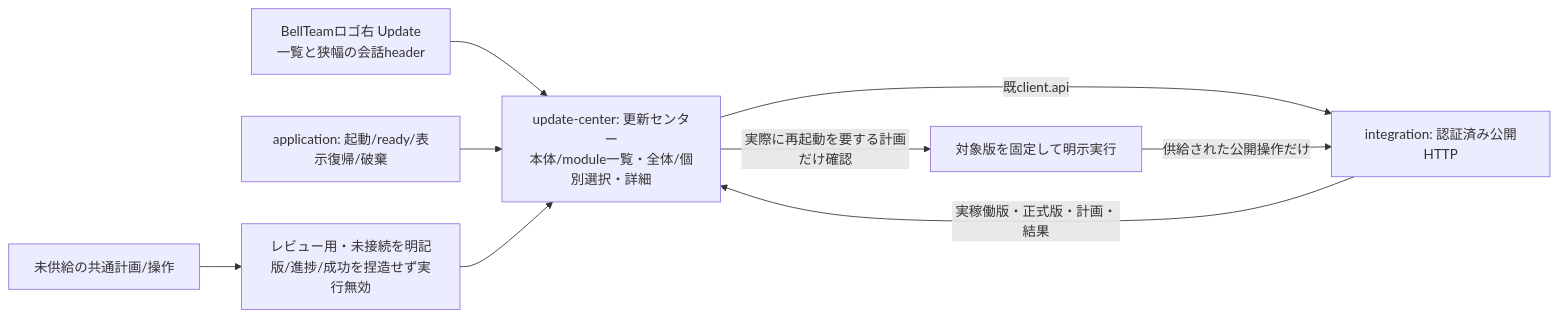
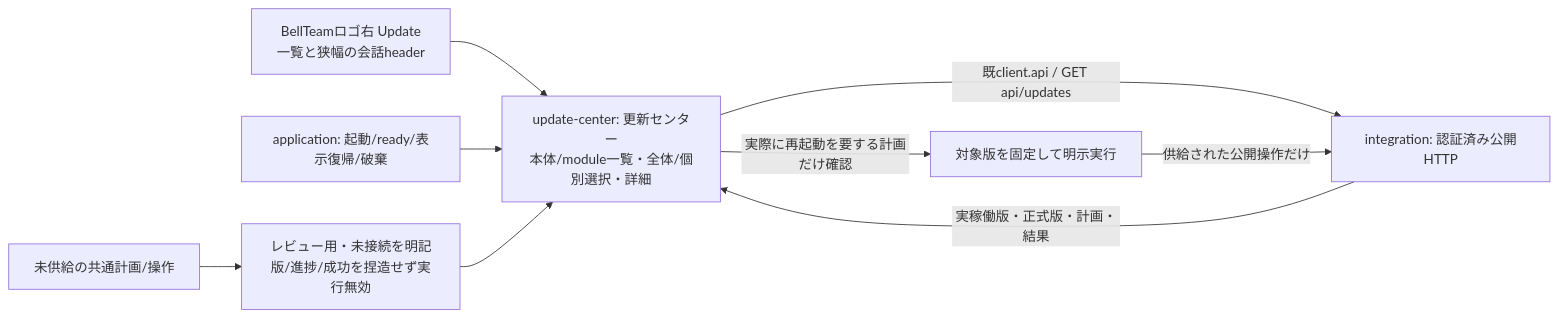
The first of 2 diagrams in docs/architecture/modules/web/update-notice-design.md (kitepon/BellTeam), drawn with Mermaid before and after one commit. The commit also changed other lines of this file and 5 other files, not shown here.

````diff
--- a/docs/architecture/modules/web/update-notice-design.md
+++ b/docs/architecture/modules/web/update-notice-design.md
@@ -63,11 +67,11 @@
 ```mermaid
 flowchart LR
   Logo["BellTeamロゴ右 Update<br/>一覧と狭幅の会話header"] --> Center["update-center: 更新センター<br/>本体/module一覧・全体/個別選択・詳細"]
   Application["application: 起動/ready/表示復帰/破棄"] --> Center
-  Center -->|"既client.api"| HTTP["integration: 認証済み公開HTTP"]
+  Center -->|"既client.api / GET api/updates"| HTTP["integration: 認証済み公開HTTP"]
   HTTP -->|"実稼働版・正式版・計画・結果"| Center
   Center -->|"実際に再起動を要する計画だけ確認"| Confirm["対象版を固定して明示実行"]
   Confirm -->|"供給された公開操作だけ"| HTTP
   Missing["未供給の共通計画/操作"] --> Review["レビュー用・未接続を明記<br/>版/進捗/成功を捏造せず実行無効"]
   Review --> Center
 ```
````
